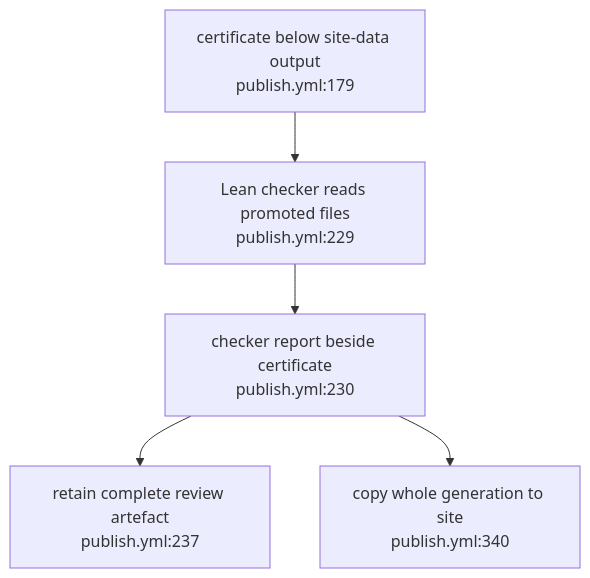
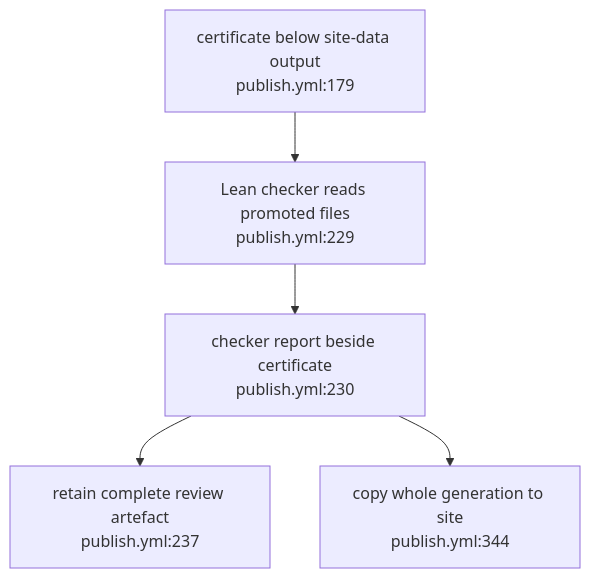
Before and after one commit to DreamLab-AI/VisionFlow: the diagram in docs/diagrams/visiongraph/08-promoted-certificate-consumption.md, drawn with Mermaid. The commit also changed other lines of this file and 154 other files, not shown here.

First line of the commit message:
docs(diagrams): re-stamp 154 topics whose every citation still reads the same text at the current heads

````diff
--- a/docs/diagrams/visiongraph/08-promoted-certificate-consumption.md
+++ b/docs/diagrams/visiongraph/08-promoted-certificate-consumption.md
@@ -22,7 +22,7 @@
 ```mermaid
 flowchart TB
     BUILD["certificate below site-data output<br/>publish.yml:179"] --> VERIFY["Lean checker reads promoted files<br/>publish.yml:229"]
     VERIFY --> REPORT["checker report beside certificate<br/>publish.yml:230"]
     REPORT --> REVIEW["retain complete review artefact<br/>publish.yml:237"]
-    REPORT --> SITE["copy whole generation to site<br/>publish.yml:340"]
+    REPORT --> SITE["copy whole generation to site<br/>publish.yml:344"]
 ```
````
